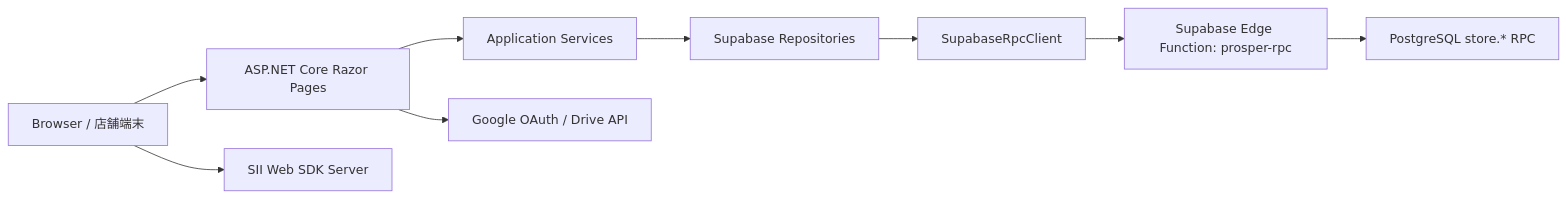
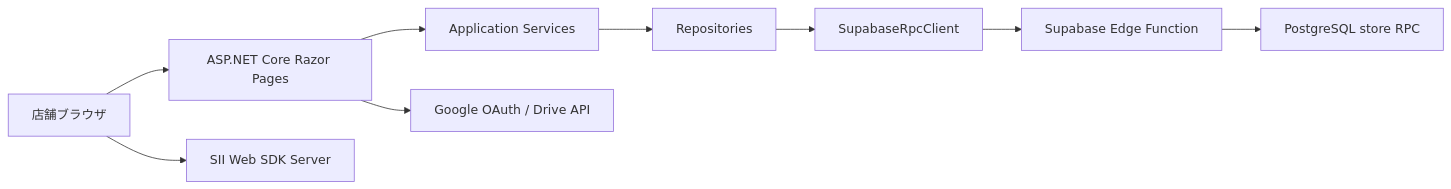
One commit to mutuki4245-a11y/ProsperApp-review changed the first of 3 diagrams in ProsperApp/docs/system-specification.md. Above: the diagram before and after it, drawn with Mermaid. The commit also changed other lines of this file and 19 other files, not shown here.

````diff
--- a/ProsperApp/docs/system-specification.md
+++ b/ProsperApp/docs/system-specification.md
@@ -16,11 +17,11 @@
 ```mermaid
 flowchart LR
-    Browser["Browser / 店舗端末"] --> App["ASP.NET Core Razor Pages"]
-    App --> Services["Application Services"]
-    Services --> Repos["Supabase Repositories"]
-    Repos --> RpcClient["SupabaseRpcClient"]
-    RpcClient --> Edge["Supabase Edge Function: prosper-rpc"]
-    Edge --> Db["PostgreSQL store.* RPC"]
-    App --> Google["Google OAuth / Drive API"]
-    Browser --> Printer["SII Web SDK Server"]
+    Browser[店舗ブラウザ] --> Web[ASP.NET Core Razor Pages]
+    Web --> App[Application Services]
+    App --> Repo[Repositories]
+    Repo --> Client[SupabaseRpcClient]
+    Client --> Edge[Supabase Edge Function]
+    Edge --> Rpc[PostgreSQL store RPC]
+    Web --> Google[Google OAuth / Drive API]
+    Browser --> Printer[SII Web SDK Server]
 ```
````
